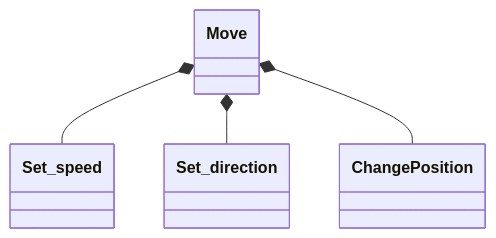
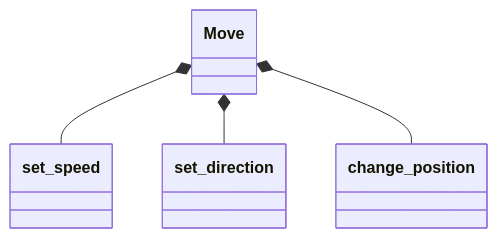
Before and after one commit to UPPMAX/programming_formalisms: the diagram in docs/project_start/analysis_design.md, drawn with Mermaid.

Commit message:
Follow coding standard

````diff
--- a/docs/project_start/analysis_design.md
+++ b/docs/project_start/analysis_design.md
@@ -37,6 +37,6 @@
 ```mermaid
 classDiagram
-    Move *-- Set_speed
-    Move *-- Set_direction
-    Move *-- ChangePosition
+    Move *-- set_speed
+    Move *-- set_direction
+    Move *-- change_position
 ```
````
